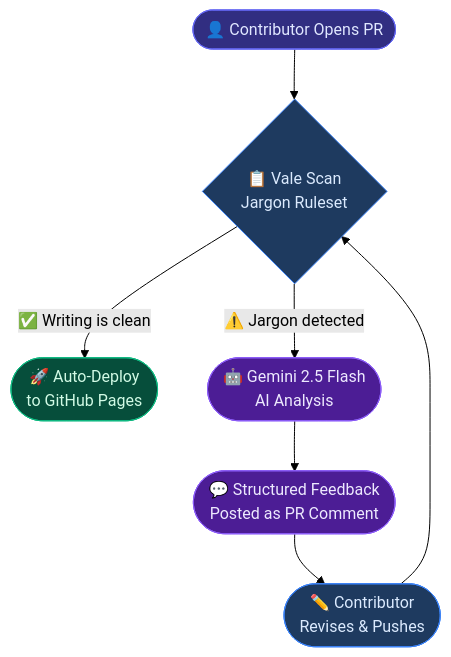
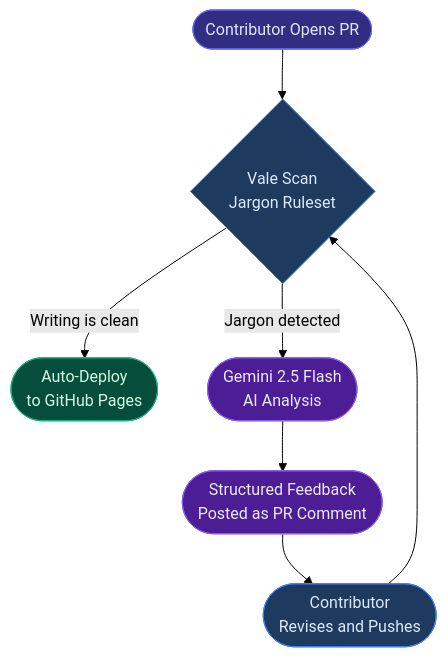
The first of 2 diagrams in docs/index.md (saisravan909/invisible-mentors), drawn with Mermaid (forest theme) before and after one commit. The commit also changed other lines of this file, not shown here.

````diff
--- a/docs/index.md
+++ b/docs/index.md
@@ -42,16 +42,16 @@
 ```mermaid
 flowchart TD
-    A([👤 Contributor Opens PR]) --> B{📋 Vale Scan\nJargon Ruleset}
-    B -->|✅ Writing is clean| C([🚀 Auto-Deploy\nto GitHub Pages])
-    B -->|⚠️ Jargon detected| D([🤖 Gemini 2.5 Flash\nAI Analysis])
-    D --> E([💬 Structured Feedback\nPosted as PR Comment])
-    E --> F([✏️ Contributor\nRevises & Pushes])
+    A([Contributor Opens PR]) --> B{Vale Scan\nJargon Ruleset}
+    B -->|Writing is clean| C([Auto-Deploy\nto GitHub Pages])
+    B -->|Jargon detected| D([Gemini 2.5 Flash\nAI Analysis])
+    D --> E([Structured Feedback\nPosted as PR Comment])
+    E --> F([Contributor\nRevises and Pushes])
     F --> B
 
     style A fill:#312e81,stroke:#6366f1,color:#e0e7ff
     style B fill:#1e3a5f,stroke:#3b82f6,color:#dbeafe
     style C fill:#064e3b,stroke:#10b981,color:#d1fae5
     style D fill:#4c1d95,stroke:#8b5cf6,color:#ede9fe
     style E fill:#4c1d95,stroke:#8b5cf6,color:#ede9fe
     style F fill:#1e3a5f,stroke:#3b82f6,color:#dbeafe
 ```
````
